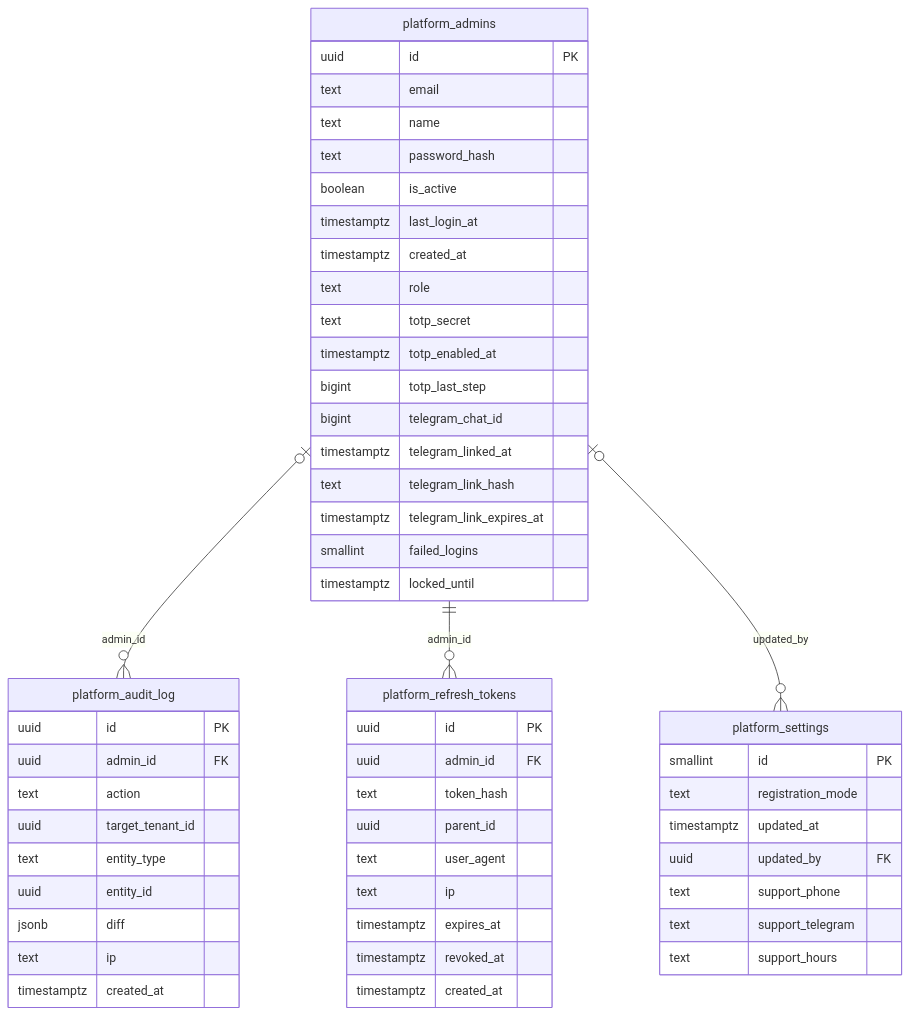
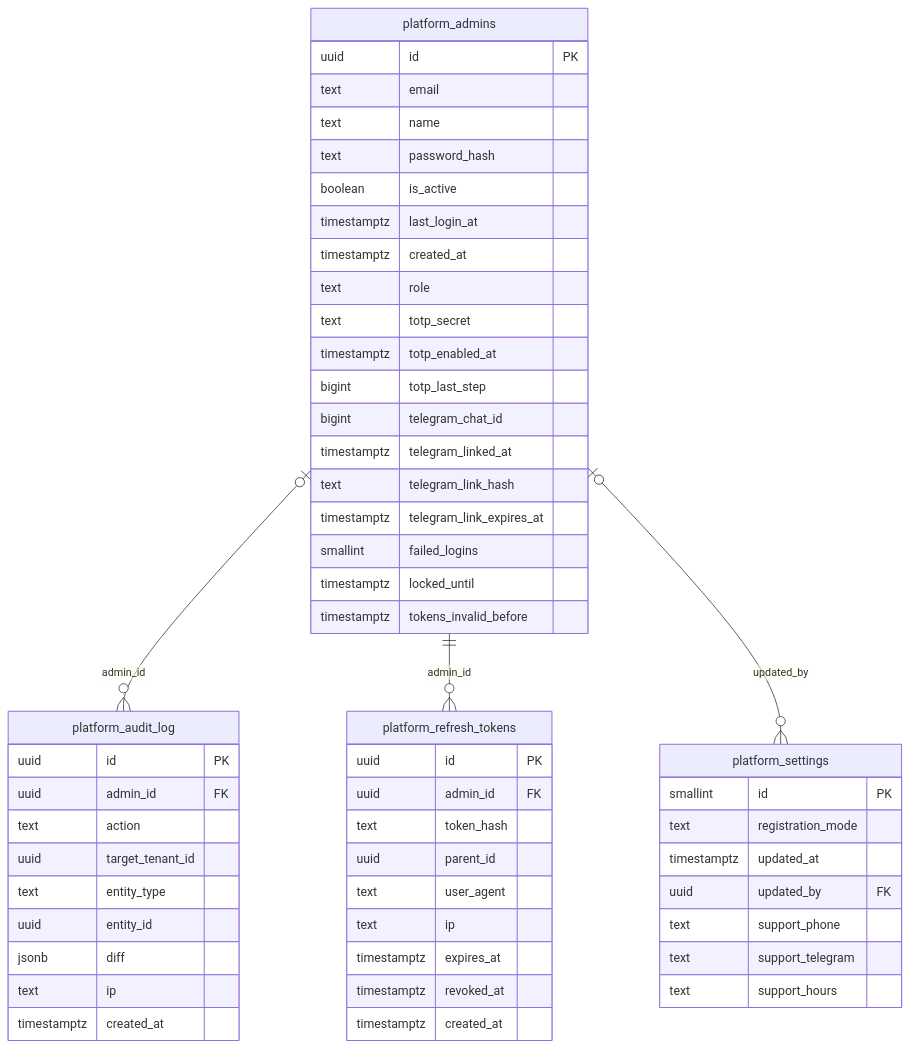
One commit to Ulugbek-Mominjonov/crm-api changed the ninth of 10 diagrams in docs/database/README.md. Above: the diagram before and after it, drawn with Mermaid. The commit also changed other lines of this file and 43 other files, not shown here.

````diff
--- a/docs/database/README.md
+++ b/docs/database/README.md
@@ -1593,56 +1627,57 @@
 ```mermaid
 erDiagram
     platform_admins |o--o{ platform_audit_log : "admin_id"
     platform_admins ||--o{ platform_refresh_tokens : "admin_id"
     platform_admins |o--o{ platform_settings : "updated_by"
     platform_admins {
         uuid id PK
         text email
         text name
         text password_hash
         boolean is_active
         timestamptz last_login_at
         timestamptz created_at
         text role
         text totp_secret
         timestamptz totp_enabled_at
         bigint totp_last_step
         bigint telegram_chat_id
         timestamptz telegram_linked_at
         text telegram_link_hash
         timestamptz telegram_link_expires_at
         smallint failed_logins
         timestamptz locked_until
+        timestamptz tokens_invalid_before
     }
     platform_refresh_tokens {
         uuid id PK
         uuid admin_id FK
         text token_hash
         uuid parent_id
         text user_agent
         text ip
         timestamptz expires_at
         timestamptz revoked_at
         timestamptz created_at
     }
     platform_audit_log {
         uuid id PK
         uuid admin_id FK
         text action
         uuid target_tenant_id
         text entity_type
         uuid entity_id
         jsonb diff
         text ip
         timestamptz created_at
     }
     platform_settings {
         smallint id PK
         text registration_mode
         timestamptz updated_at
         uuid updated_by FK
         text support_phone
         text support_telegram
         text support_hours
     }
 ```
````
